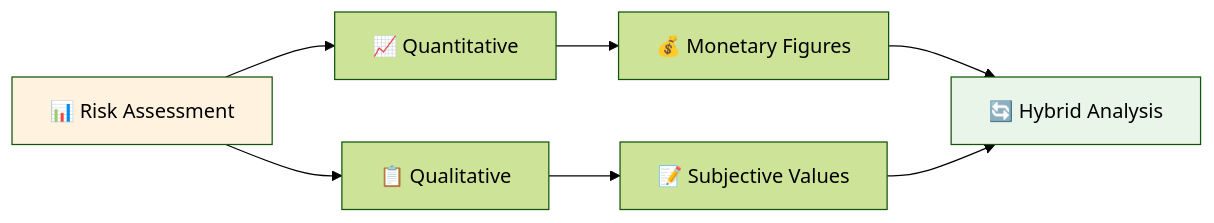
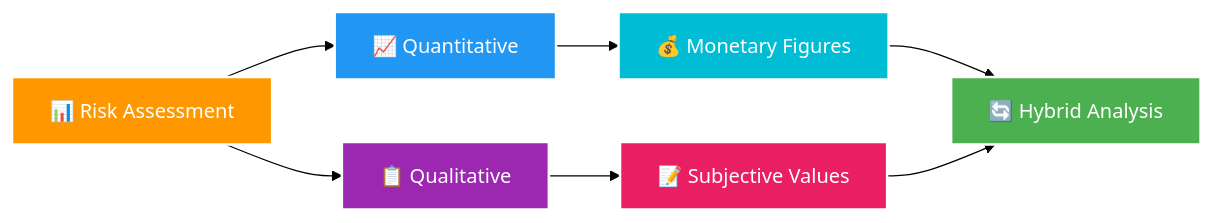
One commit to josamontiel/Detection-Engineering-Framework changed the ninth of 10 diagrams in DEF.md. Above: the diagram before and after it, drawn with Mermaid (forest theme). The commit also changed other lines of this file, not shown here.

````diff
--- a/DEF.md
+++ b/DEF.md
@@ -433,12 +437,16 @@
 ```mermaid
 graph LR
     A[📊 Risk Assessment] --> B[📈 Quantitative]
     A --> C[📋 Qualitative]
     B --> D[💰 Monetary Figures]
     C --> E[📝 Subjective Values]
     D --> F[🔄 Hybrid Analysis]
     E --> F
     
-    style A fill:#fff3e0
-    style F fill:#e8f5e8
+    style A fill:#FF9800,stroke:#fff,stroke-width:2px,color:#fff
+    style B fill:#2196F3,stroke:#fff,stroke-width:2px,color:#fff
+    style C fill:#9C27B0,stroke:#fff,stroke-width:2px,color:#fff
+    style D fill:#00BCD4,stroke:#fff,stroke-width:2px,color:#fff
+    style E fill:#E91E63,stroke:#fff,stroke-width:2px,color:#fff
+    style F fill:#4CAF50,stroke:#fff,stroke-width:2px,color:#fff
 ```
````
